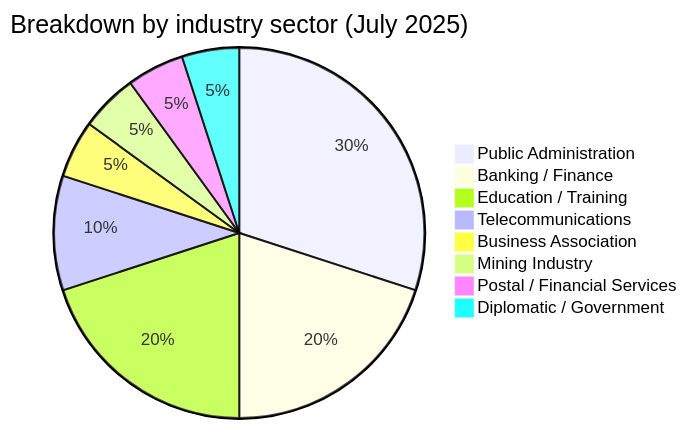
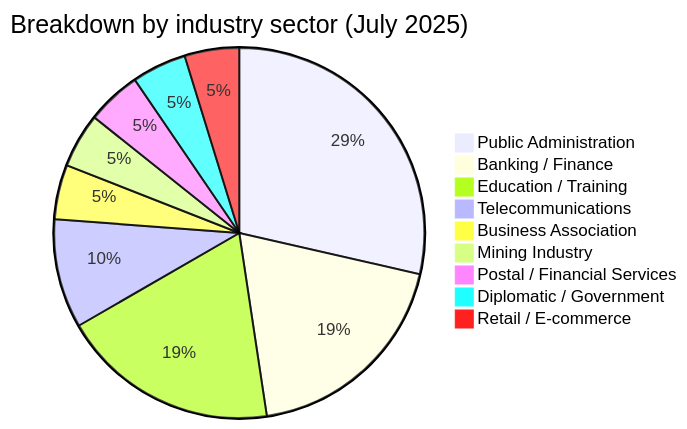
The second of 6 diagrams in CyberAttackAfrica/2025/07-july/README.md (Hatchepsoute/AFRINTEL), drawn with Mermaid before and after one commit. The commit also changed other lines of this file and 112 other files, not shown here.

````diff
--- a/CyberAttackAfrica/2025/07-july/README.md
+++ b/CyberAttackAfrica/2025/07-july/README.md
@@ -75,11 +76,12 @@
 ```mermaid
 pie title Breakdown by industry sector (July 2025)
     "Public Administration" : 6
     "Banking / Finance" : 4
     "Education / Training" : 4
     "Telecommunications" : 2
     "Business Association" : 1
     "Mining Industry" : 1
     "Postal / Financial Services" : 1
     "Diplomatic / Government" : 1
+    "Retail / E-commerce" : 1
 ```
````
